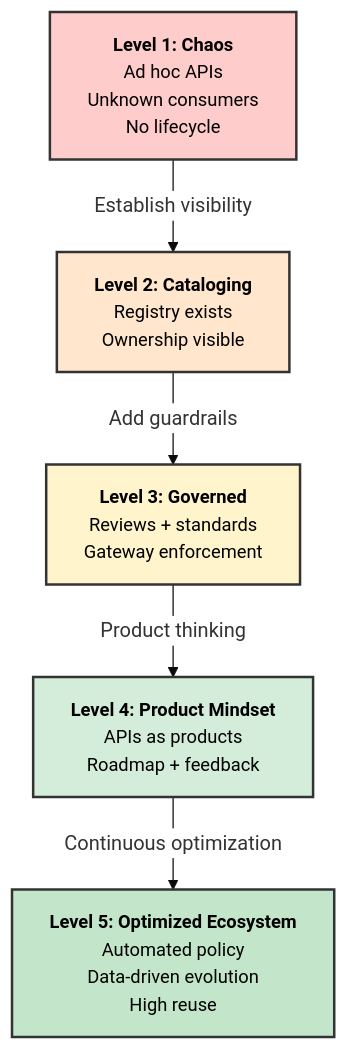
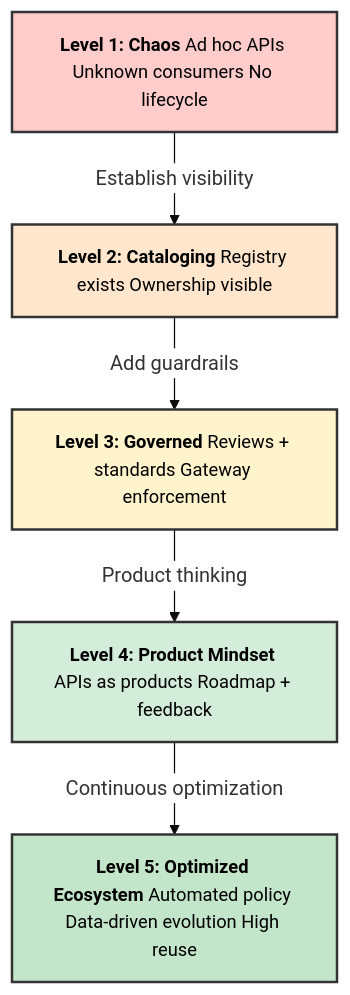
One commit to barbecuesteve/api-governance changed the eighth of 9 diagrams in technical-design.md. Above: the diagram before and after it, drawn with Mermaid. The commit also changed other lines of this file and 4 other files, not shown here.

```diff
--- a/technical-design.md
+++ b/technical-design.md
@@ -589,22 +589,22 @@
 <pre class="mermaid">
 %%{init: {'theme':'base', 'themeVariables': { 'edgeLabelBackground':'#ffffff'}}}%%
 graph TB
-    L1["<b>Level 1: Chaos</b><br/>Ad hoc APIs<br/>Unknown consumers<br/>No lifecycle"]
-    L2["<b>Level 2: Cataloging</b><br/>Registry exists<br/>Ownership visible"]
-    L3["<b>Level 3: Governed</b><br/>Reviews + standards<br/>Gateway enforcement"]
-    L4["<b>Level 4: Product Mindset</b><br/>APIs as products<br/>Roadmap + feedback"]
-    L5["<b>Level 5: Optimized Ecosystem</b><br/>Automated policy<br/>Data-driven evolution<br/>High reuse"]
+    L1["<b>Level 1: Chaos</b> Ad hoc APIs Unknown consumers No lifecycle"]
+    L2["<b>Level 2: Cataloging</b> Registry exists Ownership visible"]
+    L3["<b>Level 3: Governed</b> Reviews + standards Gateway enforcement"]
+    L4["<b>Level 4: Product Mindset</b> APIs as products Roadmap + feedback"]
+    L5["<b>Level 5: Optimized Ecosystem</b> Automated policy Data-driven evolution High reuse"]
     
     L1 -->|Establish visibility| L2
     L2 -->|Add guardrails| L3
     L3 -->|Product thinking| L4
     L4 -->|Continuous optimization| L5
     
     style L1 fill:#ffcccc,stroke:#333,stroke-width:2px,color:#000
     style L2 fill:#ffe6cc,stroke:#333,stroke-width:2px,color:#000
     style L3 fill:#fff4cc,stroke:#333,stroke-width:2px,color:#000
     style L4 fill:#d4edda,stroke:#333,stroke-width:2px,color:#000
     style L5 fill:#c3e6cb,stroke:#333,stroke-width:2px,color:#000
     
     classDef default font-size:11pt
 </pre>
```
